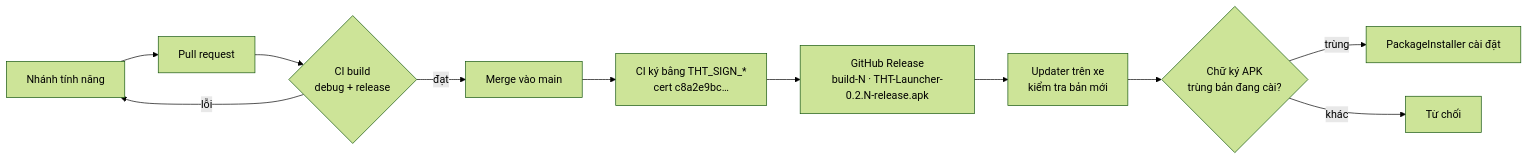
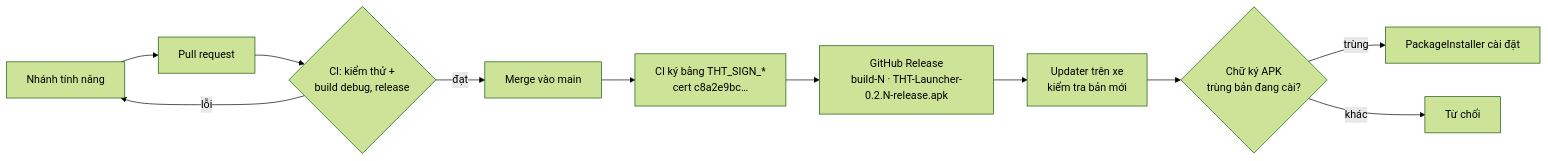
Before and after one commit to meomeo2099/THT-Launcher: the third of 3 diagrams in docs/kien-truc.md, drawn with Mermaid (forest theme). The commit also changed 13 other files, not shown here.

Commit message:
Thẻ widget kính mờ (tuỳ chọn); kiểm thử giải mã điện áp, mức ECARX, tần số radio, tìm không dấu; CI chạy kiểm thử

````diff
--- a/docs/kien-truc.md
+++ b/docs/kien-truc.md
@@ -95,13 +95,13 @@
 ```mermaid
 flowchart LR
   A["Nhánh tính năng"] --> B["Pull request"]
-  B --> C{"CI build<br/>debug + release"}
+  B --> C{"CI: kiểm thử +<br/>build debug, release"}
   C -- "lỗi" --> A
   C -- "đạt" --> D["Merge vào main"]
   D --> E["CI ký bằng THT_SIGN_*<br/>cert c8a2e9bc…"]
   E --> F["GitHub Release<br/>build-N · THT-Launcher-0.2.N-release.apk"]
   F --> G["Updater trên xe<br/>kiểm tra bản mới"]
   G --> H{"Chữ ký APK<br/>trùng bản đang cài?"}
   H -- "trùng" --> I["PackageInstaller cài đặt"]
   H -- "khác" --> J["Từ chối"]
 ```
````
